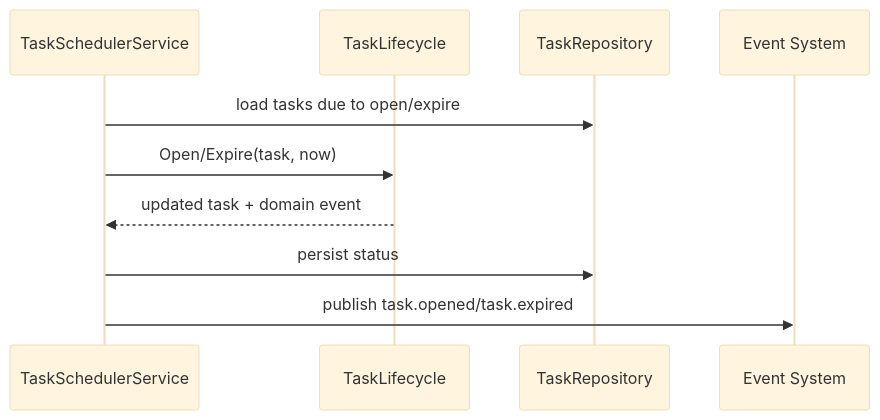
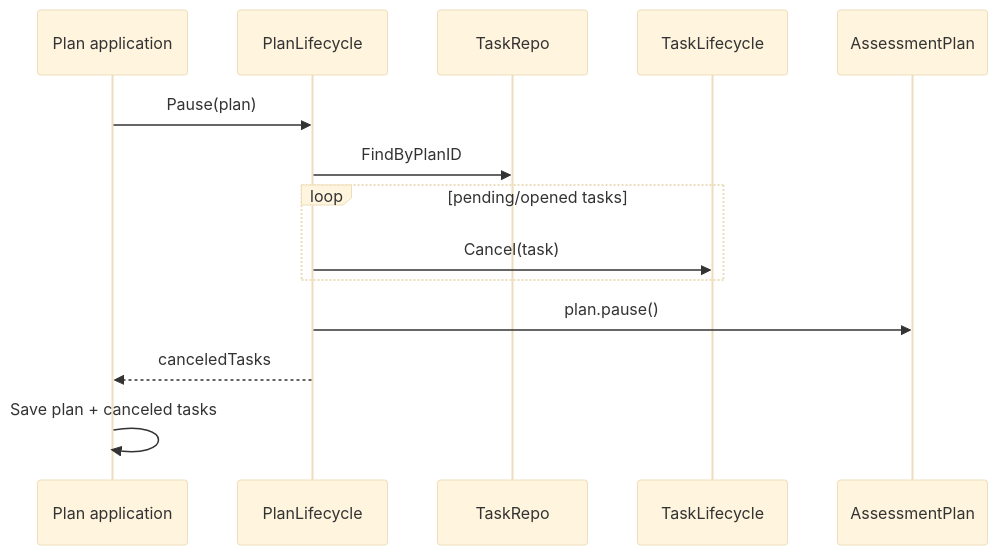
One commit to FangcunMount/qs-server changed the third of 3 diagrams in docs/02-业务模块/plan/01-计划任务状态机.md. Above: the diagram before and after it, drawn with Mermaid (base theme). The commit also changed other lines of this file and 5 other files, not shown here.

````diff
--- a/docs/02-业务模块/plan/01-计划任务状态机.md
+++ b/docs/02-业务模块/plan/01-计划任务状态机.md
@@ -33,13 +360,17 @@
 ```mermaid
 sequenceDiagram
-    participant Scheduler as TaskSchedulerService
-    participant Lifecycle as TaskLifecycle
-    participant Repo as TaskRepository
-    participant Event as Event System
+    participant App as Plan application
+    participant Life as PlanLifecycle
+    participant TaskRepo as TaskRepo
+    participant TL as TaskLifecycle
+    participant Plan as AssessmentPlan
 
-    Scheduler->>Repo: load tasks due to open/expire
-    Scheduler->>Lifecycle: Open/Expire(task, now)
-    Lifecycle-->>Scheduler: updated task + domain event
-    Scheduler->>Repo: persist status
-    Scheduler->>Event: publish task.opened/task.expired
+    App->>Life: Pause(plan)
+    Life->>TaskRepo: FindByPlanID
+    loop pending/opened tasks
+        Life->>TL: Cancel(task)
+    end
+    Life->>Plan: plan.pause()
+    Life-->>App: canceledTasks
+    App->>App: Save plan + canceled tasks
 ```
````
